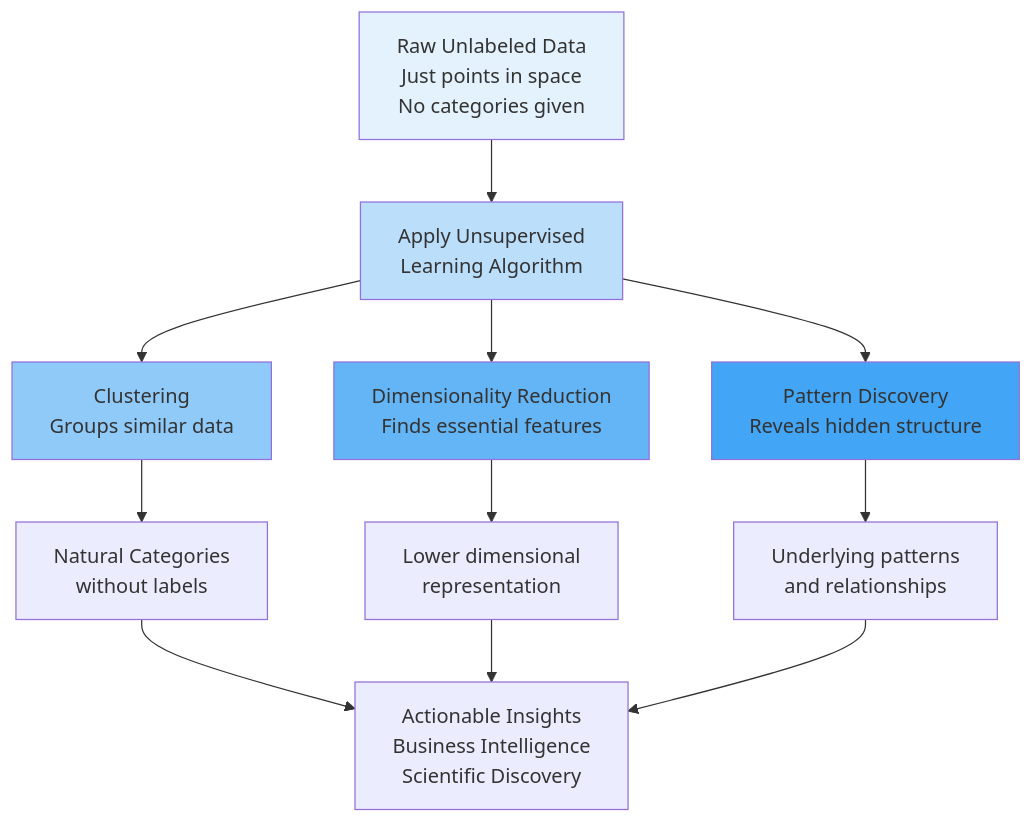
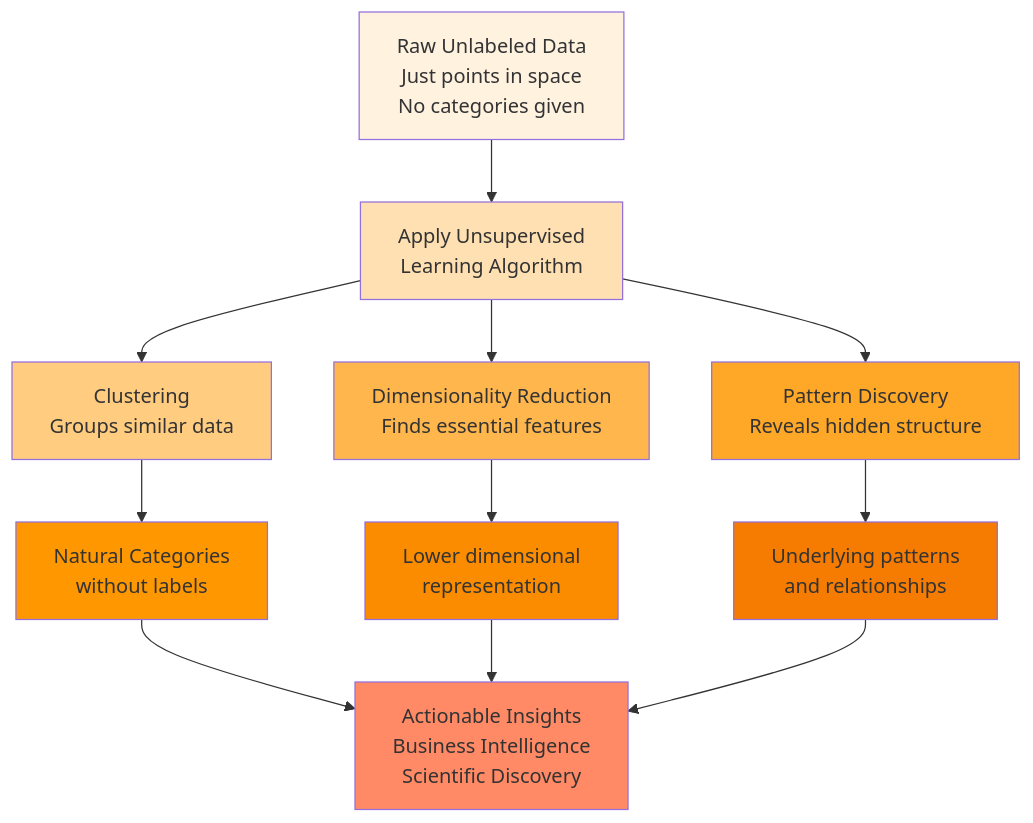
Before and after one commit to Chaklader/landmark-classification-cnn: the second of 9 diagrams in C_4.md, drawn with Mermaid. The commit also changed other lines of this file, not shown here.

````diff
--- a/C_4.md
+++ b/C_4.md
@@ -237,22 +242,26 @@
 ```mermaid
 graph TD
     A["Raw Unlabeled Data<br/>Just points in space<br/>No categories given"] --> B["Apply Unsupervised<br/>Learning Algorithm"]
 
     B --> C1["Clustering<br/>Groups similar data"]
     B --> C2["Dimensionality Reduction<br/>Finds essential features"]
     B --> C3["Pattern Discovery<br/>Reveals hidden structure"]
 
     C1 --> D1["Natural Categories<br/>without labels"]
     C2 --> D2["Lower dimensional<br/>representation"]
     C3 --> D3["Underlying patterns<br/>and relationships"]
 
     D1 --> E["Actionable Insights<br/>Business Intelligence<br/>Scientific Discovery"]
     D2 --> E
     D3 --> E
 
-    style A fill:#E3F2FD
-    style B fill:#BBDEFB
-    style C1 fill:#90CAF9
-    style C2 fill:#64B5F6
-    style C3 fill:#42A5F5
+    style A fill:#FFF3E0
+    style B fill:#FFE0B2
+    style C1 fill:#FFCC80
+    style C2 fill:#FFB74D
+    style C3 fill:#FFA726
+    style D1 fill:#FF9800
+    style D2 fill:#FB8C00
+    style D3 fill:#F57C00
+    style E fill:#FF8A65
 ```
````
